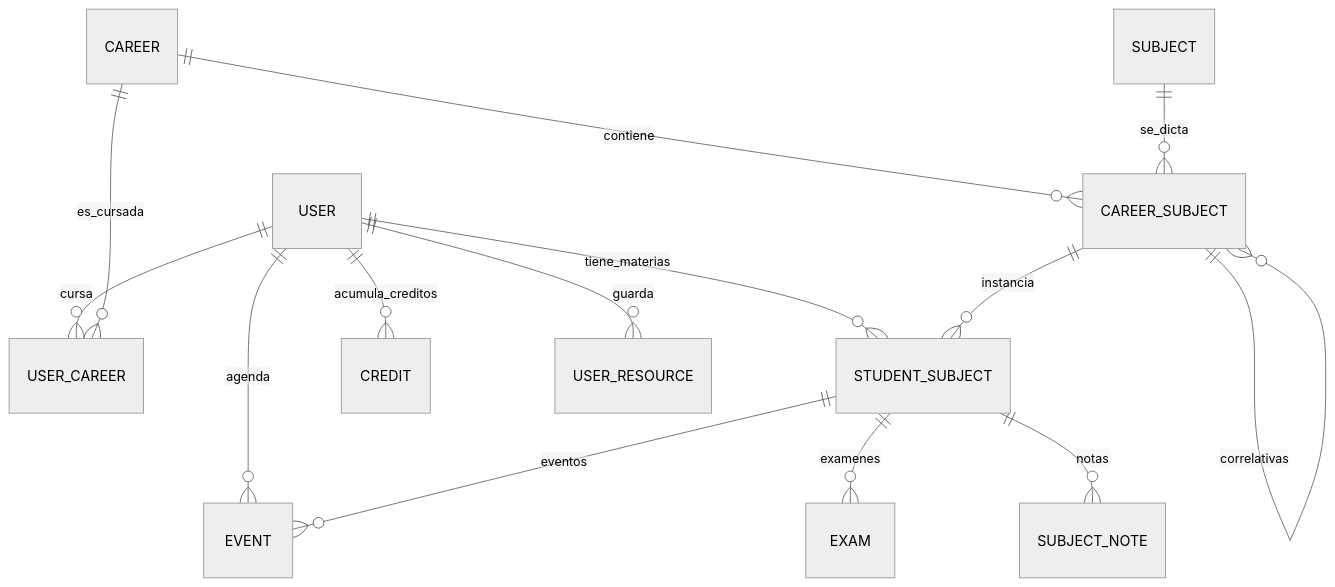
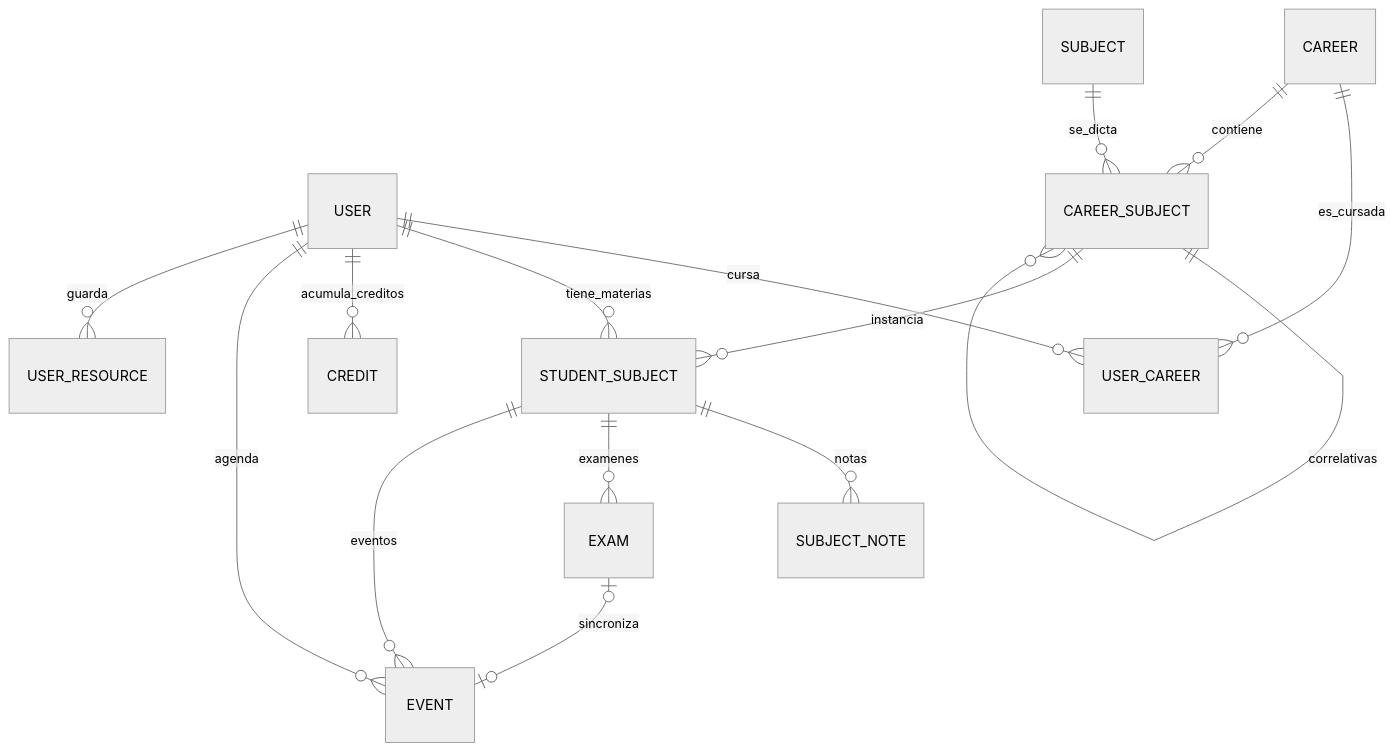
The diagram in docs/database-schema.md (LeandroCantero/EstudiApp), drawn with Mermaid (neutral theme) before and after one commit. The commit also changed other lines of this file and 30 other files, not shown here.

````diff
--- a/docs/database-schema.md
+++ b/docs/database-schema.md
@@ -9,18 +9,19 @@
 ```mermaid
 erDiagram
     USER ||--o{ USER_CAREER : cursa
     USER ||--o{ STUDENT_SUBJECT : tiene_materias
     USER ||--o{ CREDIT : acumula_creditos
     USER ||--o{ EVENT : agenda
     USER ||--o{ USER_RESOURCE : guarda
     
     CAREER ||--o{ USER_CAREER : es_cursada
     CAREER ||--o{ CAREER_SUBJECT : contiene
     SUBJECT ||--o{ CAREER_SUBJECT : se_dicta
     CAREER_SUBJECT ||--o{ CAREER_SUBJECT : correlativas
     CAREER_SUBJECT ||--o{ STUDENT_SUBJECT : instancia
     
     STUDENT_SUBJECT ||--o{ SUBJECT_NOTE : notas
     STUDENT_SUBJECT ||--o{ EXAM : examenes
     STUDENT_SUBJECT ||--o{ EVENT : eventos
+    EXAM |o--o| EVENT : sincroniza
 ```
````
